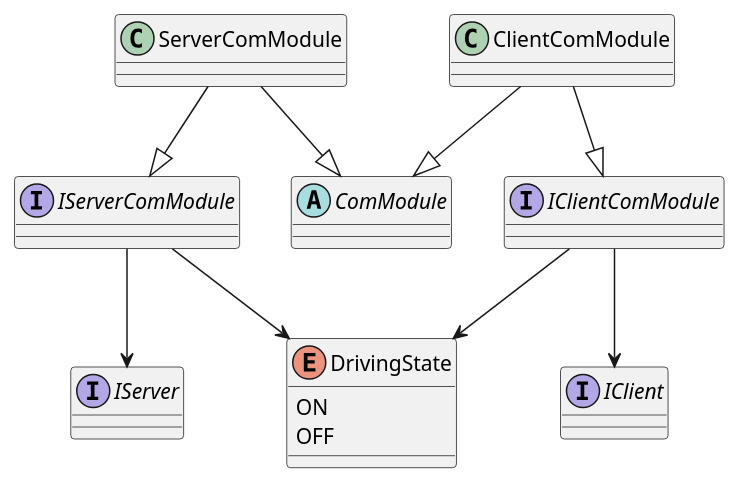
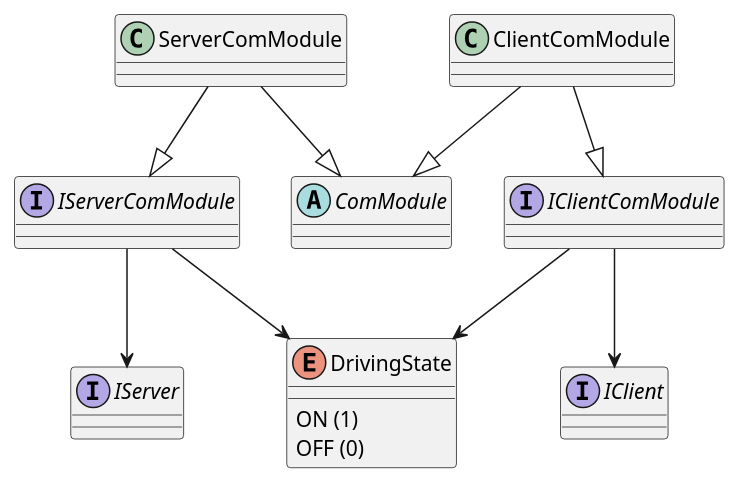
One commit to felixnorden/moppepojkar changed the diagram in src/communication/UML/communcation.puml. Above: the diagram before and after it, drawn with PlantUML.

Commit message:
Minor changes to UML

```diff
--- a/src/communication/UML/communcation.puml
+++ b/src/communication/UML/communcation.puml
@@ -1,28 +1,28 @@
 @startuml
 abstract class ComModule
 class ServerComModule
 class ClientComModule
 
 interface IServerComModule
 interface IServer
 
 interface IClientComModule
 interface IClient
 
 ServerComModule --|> ComModule
 ClientComModule --|> ComModule
 
 ClientComModule --|> IClientComModule
 ServerComModule --|> IServerComModule
 
 IServerComModule --> IServer
 IClientComModule --> IClient
 
 IServerComModule --> DrivingState
 IClientComModule --> DrivingState
 
 enum DrivingState {
-ON
-OFF
+ON (1)
+OFF (0)
 }
 @enduml
```
